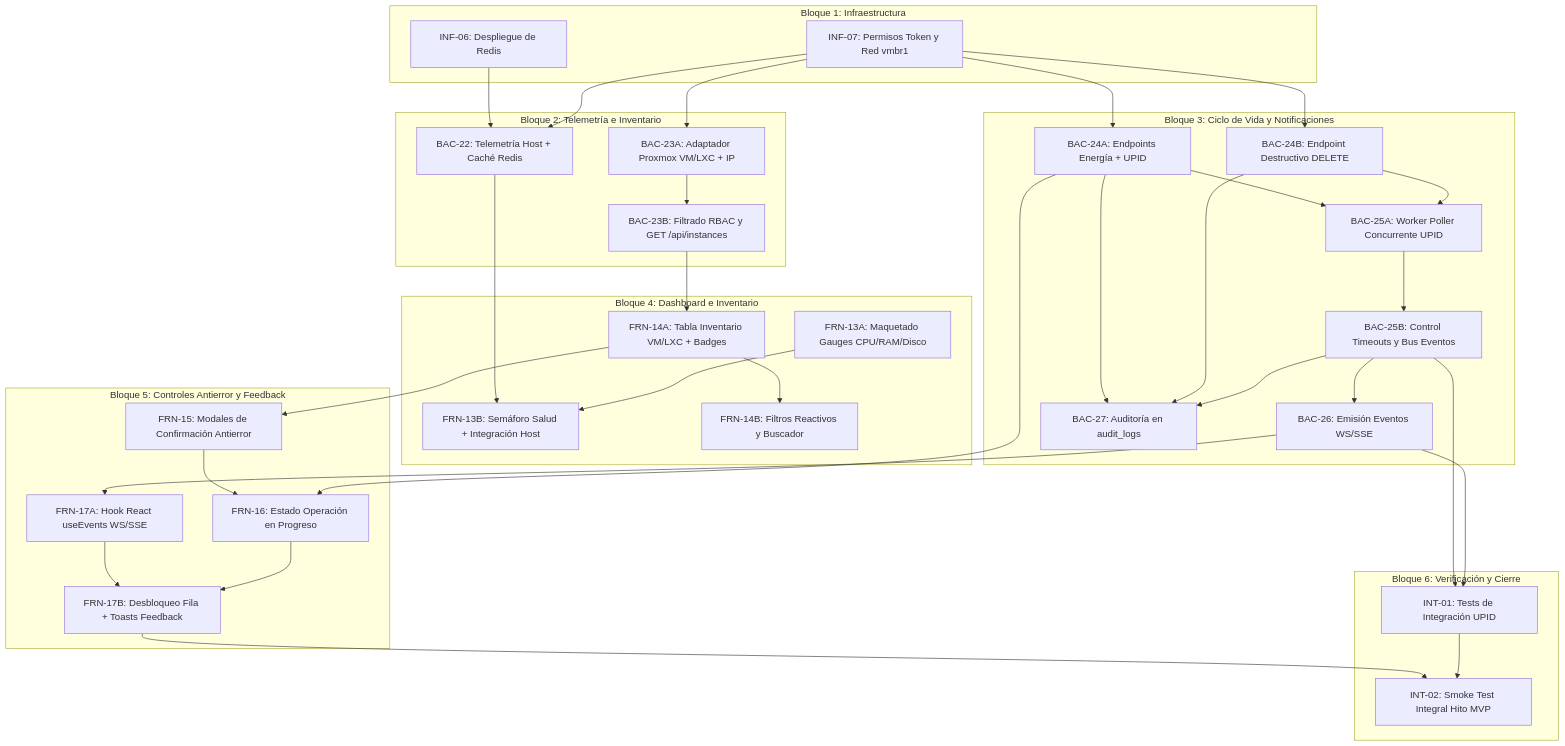
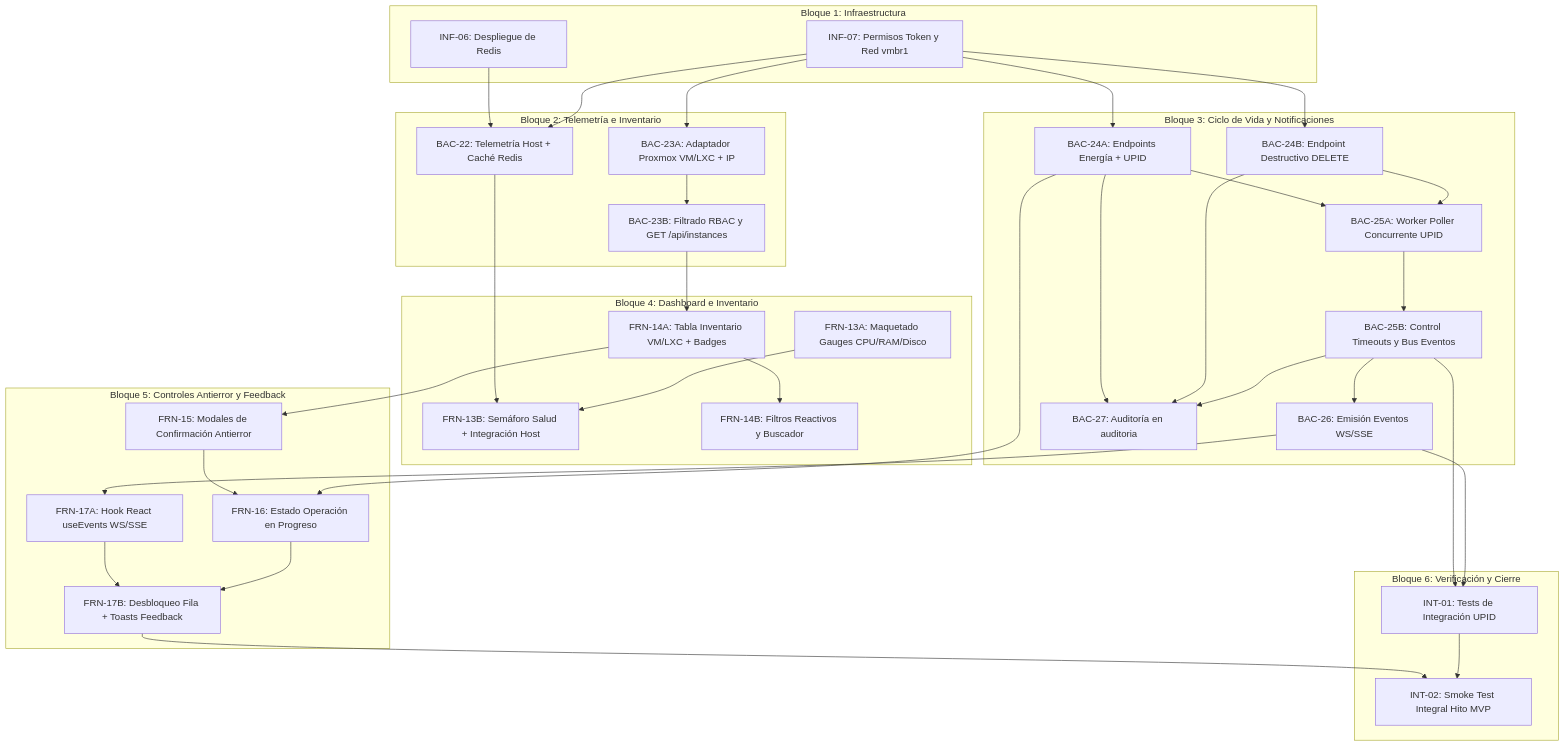
The diagram in documentacion/etapa1.md (micaelaalvaradomendez/centinela), drawn with Mermaid before and after one commit. The commit also changed other lines of this file and 11 other files, not shown here.

````diff
--- a/documentacion/etapa1.md
+++ b/documentacion/etapa1.md
@@ -28,77 +45,77 @@
 ```mermaid
 flowchart TD
     subgraph Infra [Bloque 1: Infraestructura]
         INF06[INF-06: Despliegue de Redis]
         INF07[INF-07: Permisos Token y Red vmbr1]
     end
 
     subgraph Backend_Read [Bloque 2: Telemetría e Inventario]
         BAC22[BAC-22: Telemetría Host + Caché Redis]
         BAC23A[BAC-23A: Adaptador Proxmox VM/LXC + IP]
         BAC23B[BAC-23B: Filtrado RBAC y GET /api/instances]
     end
 
     subgraph Backend_Ops [Bloque 3: Ciclo de Vida y Notificaciones]
         BAC24A[BAC-24A: Endpoints Energía + UPID]
         BAC24B[BAC-24B: Endpoint Destructivo DELETE]
         BAC25A[BAC-25A: Worker Poller Concurrente UPID]
         BAC25B[BAC-25B: Control Timeouts y Bus Eventos]
         BAC26[BAC-26: Emisión Eventos WS/SSE]
-        BAC27[BAC-27: Auditoría en audit_logs]
+        BAC27[BAC-27: Auditoría en auditoria]
     end
 
     subgraph Frontend_Views [Bloque 4: Dashboard e Inventario]
         FRN13A[FRN-13A: Maquetado Gauges CPU/RAM/Disco]
         FRN13B[FRN-13B: Semáforo Salud + Integración Host]
         FRN14A[FRN-14A: Tabla Inventario VM/LXC + Badges]
         FRN14B[FRN-14B: Filtros Reactivos y Buscador]
     end
 
     subgraph Frontend_Controls [Bloque 5: Controles Antierror y Feedback]
         FRN15[FRN-15: Modales de Confirmación Antierror]
         FRN16[FRN-16: Estado Operación en Progreso]
         FRN17A[FRN-17A: Hook React useEvents WS/SSE]
         FRN17B[FRN-17B: Desbloqueo Fila + Toasts Feedback]
     end
 
     subgraph Hito [Bloque 6: Verificación y Cierre]
         INT01[INT-01: Tests de Integración UPID]
         INT02[INT-02: Smoke Test Integral Hito MVP]
     end
 
     INF06 --> BAC22
     INF07 --> BAC22
     INF07 --> BAC23A
     INF07 --> BAC24A
     INF07 --> BAC24B
 
     BAC23A --> BAC23B
 
     BAC22 --> FRN13B
     FRN13A --> FRN13B
 
     BAC23B --> FRN14A
     FRN14A --> FRN14B
 
     BAC24A --> BAC25A
     BAC24B --> BAC25A
     BAC25A --> BAC25B
 
     BAC25B --> BAC26
     BAC24A --> BAC27
     BAC24B --> BAC27
     BAC25B --> BAC27
 
     FRN14A --> FRN15
     FRN15 --> FRN16
     BAC24A --> FRN16
 
     BAC26 --> FRN17A
     FRN17A --> FRN17B
     FRN16 --> FRN17B
 
     BAC25B --> INT01
     BAC26 --> INT01
     FRN17B --> INT02
     INT01 --> INT02
 ```
````
